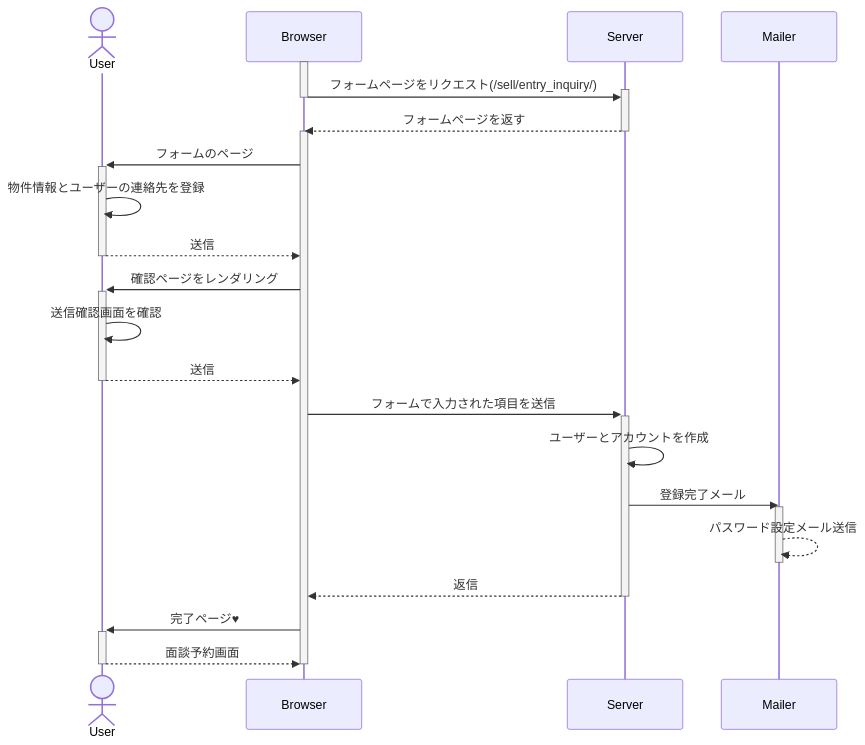
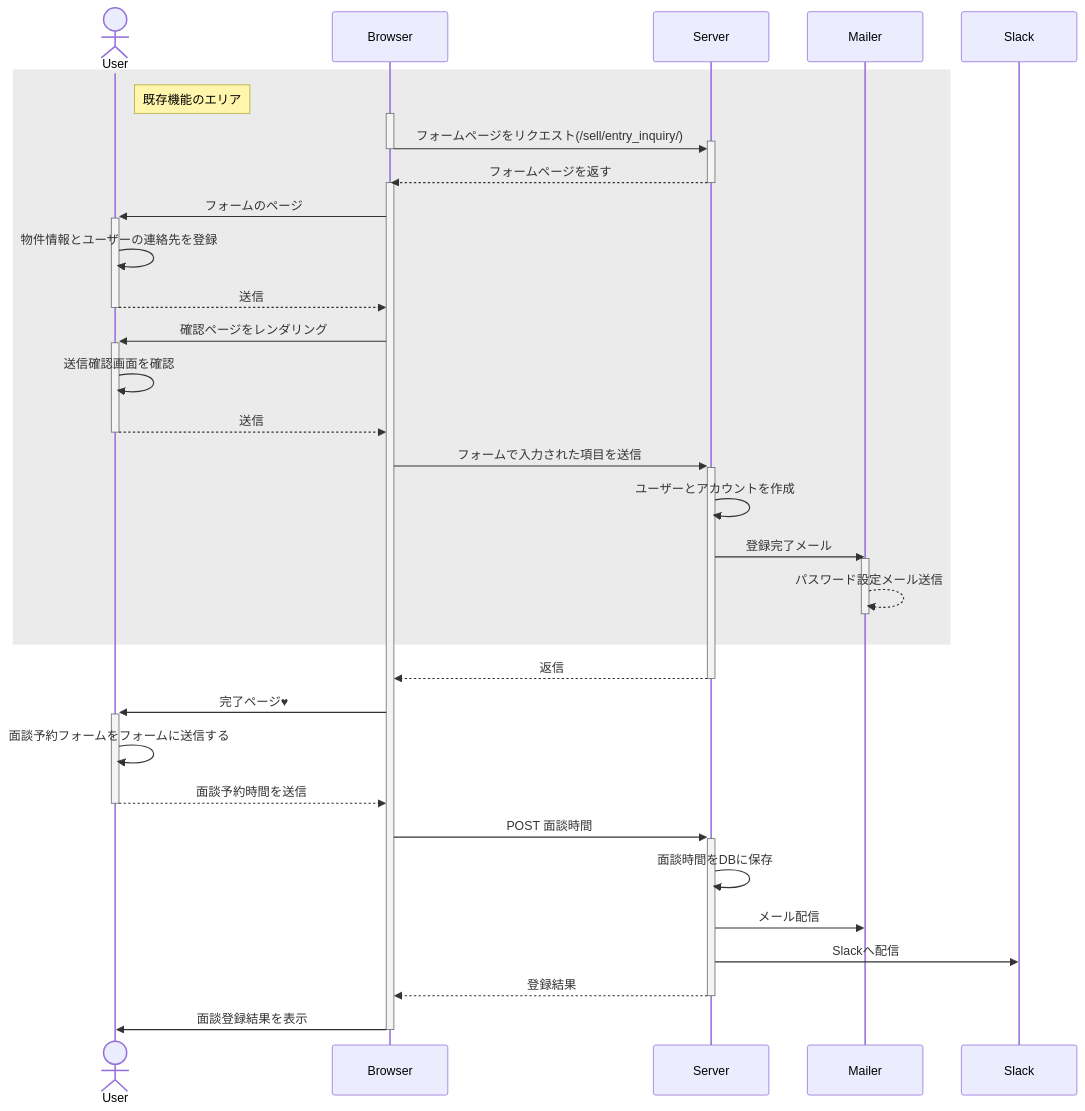
One commit to baban/mermaid_test changed the diagram in sample2.md. Above: the diagram before and after it, drawn with Mermaid.

Commit message:
修正

````diff
--- a/sample2.md
+++ b/sample2.md
@@ -2,28 +2,39 @@
 ```mermaid
 sequenceDiagram
+    rect rgb(235, 235, 235)
+    note right of U: 既存機能のエリア
     actor U as User
     participant B as Browser
     participant S as Server
     participant M as Mailer
+    participant Slack
     activate B
     B->>+S: フォームページをリクエスト(/sell/entry_inquiry/)
     deactivate B
     S-->>-B: フォームページを返す
     activate B
     B->>+U: フォームのページ
     U->>U: 物件情報とユーザーの連絡先を登録
     U-->>-B: 送信
     B->>+U: 確認ページをレンダリング
     U->>U: 送信確認画面を確認
     U-->>-B: 送信
     B->>+S: フォームで入力された項目を送信
     S->>S: ユーザーとアカウントを作成
     S->>M: 登録完了メール
     activate M
     M-->>M: パスワード設定メール送信
     deactivate M
+    end
     S-->>-B: 返信
     B->>+U: 完了ページ#9829;
-    U-->>-B: 面談予約画面
+    U->>U:面談予約フォームをフォームに送信する
+    U-->>-B: 面談予約時間を送信
+    B->>+S: POST 面談時間
+    S->>S:  面談時間をDBに保存
+    S->>M: メール配信
+    S->>Slack: Slackへ配信
+    S -->>- B: 登録結果
+    B ->> U: 面談登録結果を表示
     deactivate B
 ```
````
